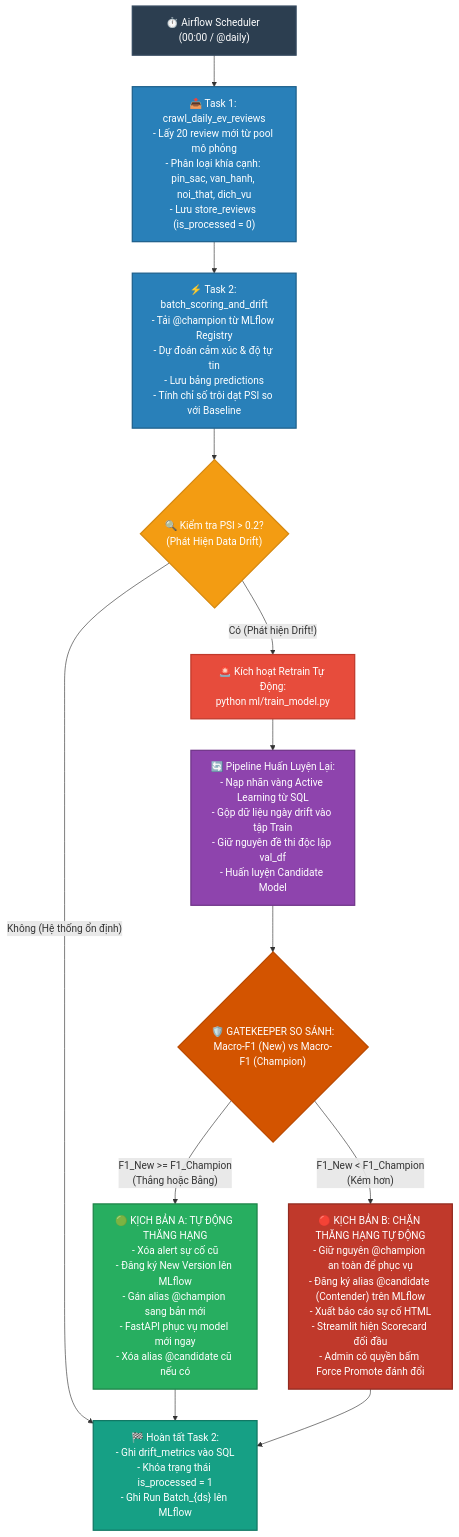
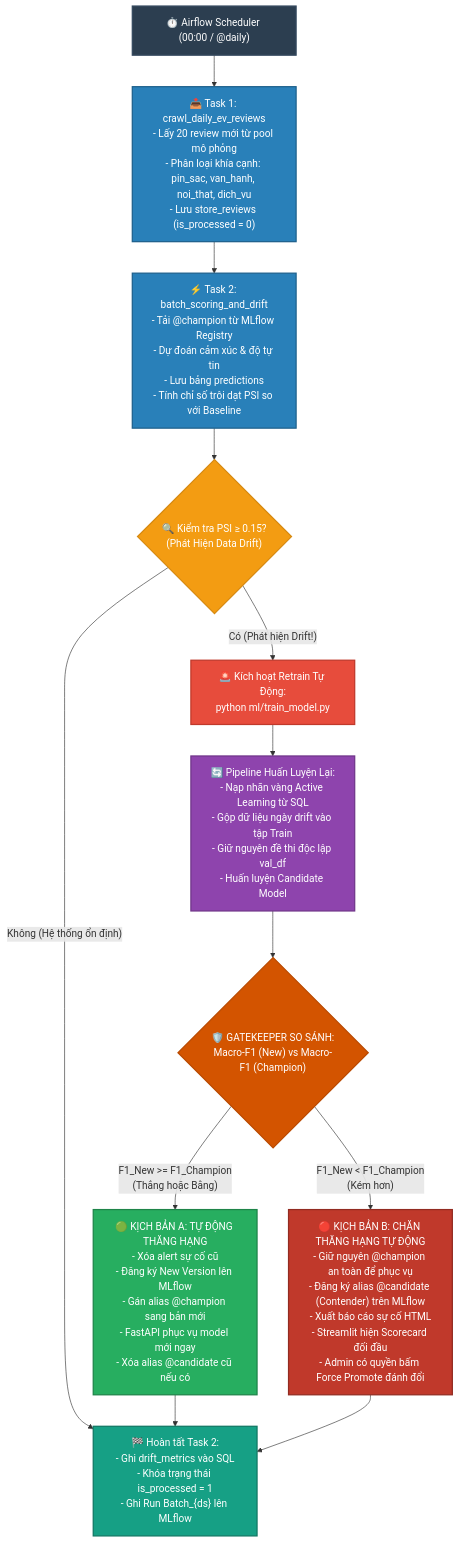
The first of 2 diagrams in README.md (tmtien35/sentiment_analysis_mlops), drawn with Mermaid before and after one commit. The commit also changed other lines of this file and 2 other files, not shown here.

````diff
--- a/README.md
+++ b/README.md
@@ -12,30 +12,30 @@
 ```mermaid
 flowchart TD
     A["⏱️ Airflow Scheduler (00:00 / @daily)"] --> B["📥 Task 1: crawl_daily_ev_reviews<br/>- Lấy 20 review mới từ pool mô phỏng<br/>- Phân loại khía cạnh: pin_sac, van_hanh, noi_that, dich_vu<br/>- Lưu store_reviews (is_processed = 0)"]
     B --> C["⚡ Task 2: batch_scoring_and_drift<br/>- Tải @champion từ MLflow Registry<br/>- Dự đoán cảm xúc & độ tự tin<br/>- Lưu bảng predictions<br/>- Tính chỉ số trôi dạt PSI so với Baseline"]
-    C --> D{"🔍 Kiểm tra PSI > 0.2?<br/>(Phát Hiện Data Drift)"}
+    C --> D{"🔍 Kiểm tra PSI ≥ 0.15?<br/>(Phát Hiện Data Drift)"}
     
     D -- "Không (Hệ thống ổn định)" --> END["🏁 Hoàn tất Task 2:<br/>- Ghi drift_metrics vào SQL<br/>- Khóa trạng thái is_processed = 1<br/>- Ghi Run Batch_{ds} lên MLflow"]
     
     D -- "Có (Phát hiện Drift!)" --> E["🚨 Kích hoạt Retrain Tự Động:<br/>python ml/train_model.py"]
     E --> F["🔄 Pipeline Huấn Luyện Lại:<br/>- Nạp nhãn vàng Active Learning từ SQL<br/>- Gộp dữ liệu ngày drift vào tập Train<br/>- Giữ nguyên đề thi độc lập val_df<br/>- Huấn luyện Candidate Model"]
     F --> G{"🛡️ GATEKEEPER SO SÁNH:<br/>Macro-F1 (New) vs Macro-F1 (Champion)"}
     
     G -- "F1_New >= F1_Champion<br/>(Thắng hoặc Bằng)" --> H["🟢 KỊCH BẢN A: TỰ ĐỘNG THĂNG HẠNG<br/>- Xóa alert sự cố cũ<br/>- Đăng ký New Version lên MLflow<br/>- Gán alias @champion sang bản mới<br/>- FastAPI phục vụ model mới ngay<br/>- Xóa alias @candidate cũ nếu có"]
     
     G -- "F1_New < F1_Champion<br/>(Kém hơn)" --> I["🔴 KỊCH BẢN B: CHẶN THĂNG HẠNG TỰ ĐỘNG<br/>- Giữ nguyên @champion an toàn để phục vụ<br/>- Đăng ký alias @candidate (Contender) trên MLflow<br/>- Xuất báo cáo sự cố HTML<br/>- Streamlit hiện Scorecard đối đầu<br/>- Admin có quyền bấm Force Promote đánh đổi"]
     
     H --> END
     I --> END
 
     style A fill:#2c3e50,stroke:#34495e,stroke-width:2px,color:#fff
     style B fill:#2980b9,stroke:#1f618d,stroke-width:2px,color:#fff
     style C fill:#2980b9,stroke:#1f618d,stroke-width:2px,color:#fff
     style D fill:#f39c12,stroke:#d68910,stroke-width:2px,color:#fff
     style E fill:#e74c3c,stroke:#c0392b,stroke-width:2px,color:#fff
     style F fill:#8e44ad,stroke:#71368a,stroke-width:2px,color:#fff
     style G fill:#d35400,stroke:#ba4a00,stroke-width:2px,color:#fff
     style H fill:#27ae60,stroke:#1e8449,stroke-width:2px,color:#fff
     style I fill:#c0392b,stroke:#922b21,stroke-width:2px,color:#fff
     style END fill:#16a085,stroke:#117864,stroke-width:2px,color:#fff
 ```
````
